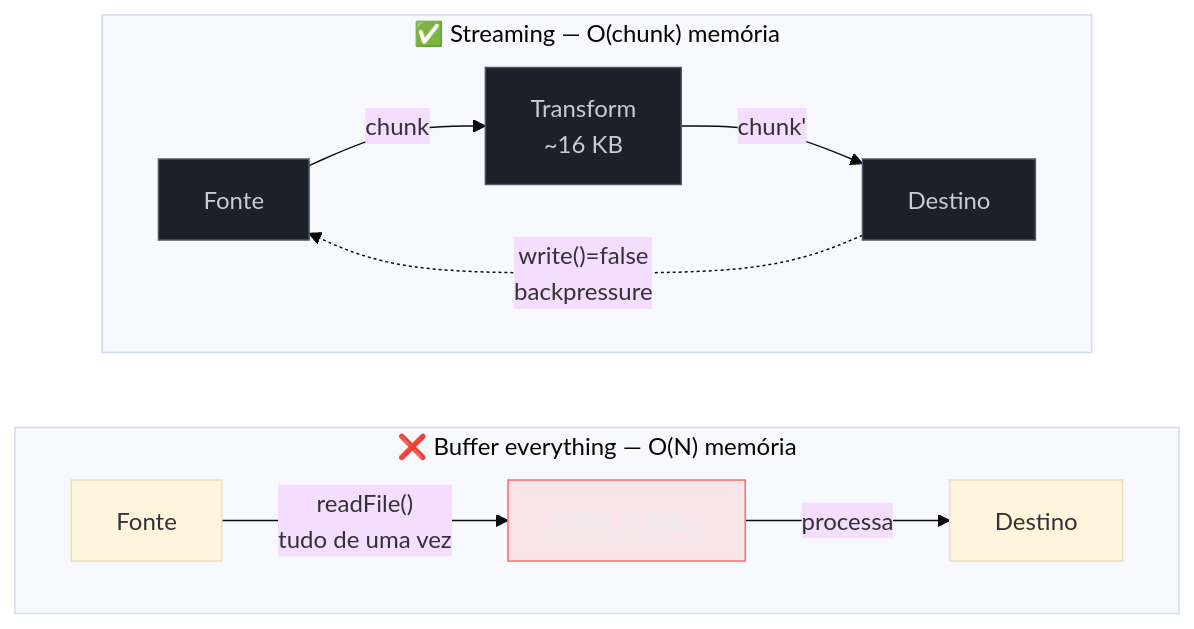
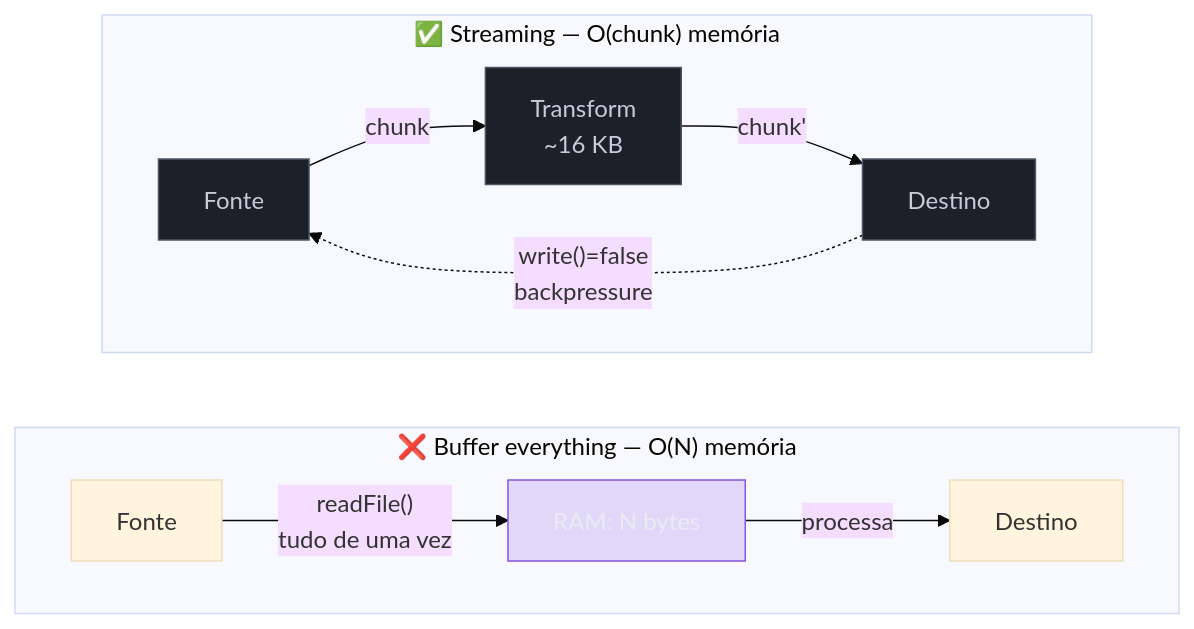
One commit to josenaldo/codex-technomanticus changed the diagram in 03-Dominios/Tecnologia/Node/Streams/01 - Por que streams.md. Above: the diagram before and after it, drawn with Mermaid (base theme). The commit also changed 601 other files, not shown here.

````diff
--- a/03-Dominios/Tecnologia/Node/Streams/01 - Por que streams.md
+++ b/03-Dominios/Tecnologia/Node/Streams/01 - Por que streams.md
@@ -117,20 +117,20 @@
 ```mermaid
 flowchart LR
-    classDef falha fill:#FF6B6B24,stroke:#FF6B6B,color:#E9ECF2
+    classDef marca fill:#8855DF33,stroke:#8855DF,color:#E9ECF2
     classDef neutro fill:#1B2029,stroke:#4E5666,color:#C6CCD8
     subgraph BE["❌ Buffer everything — O(N) memória"]
         direction LR
         s1["Fonte"] -->|"readFile()\ntudo de uma vez"| m1["RAM: N bytes"]
         m1 -->|"processa"| d1["Destino"]
     end
     subgraph ST["✅ Streaming — O(chunk) memória"]
         direction LR
         s2["Fonte"] -->|"chunk"| t["Transform\n~16 KB"]
         t -->|"chunk'"| d2["Destino"]
         d2 -..->|"write()=false\nbackpressure"| s2
     end
-    class m1 falha
+    class m1 marca
     class t neutro
     class s2 neutro
     class d2 neutro
 ```
````
